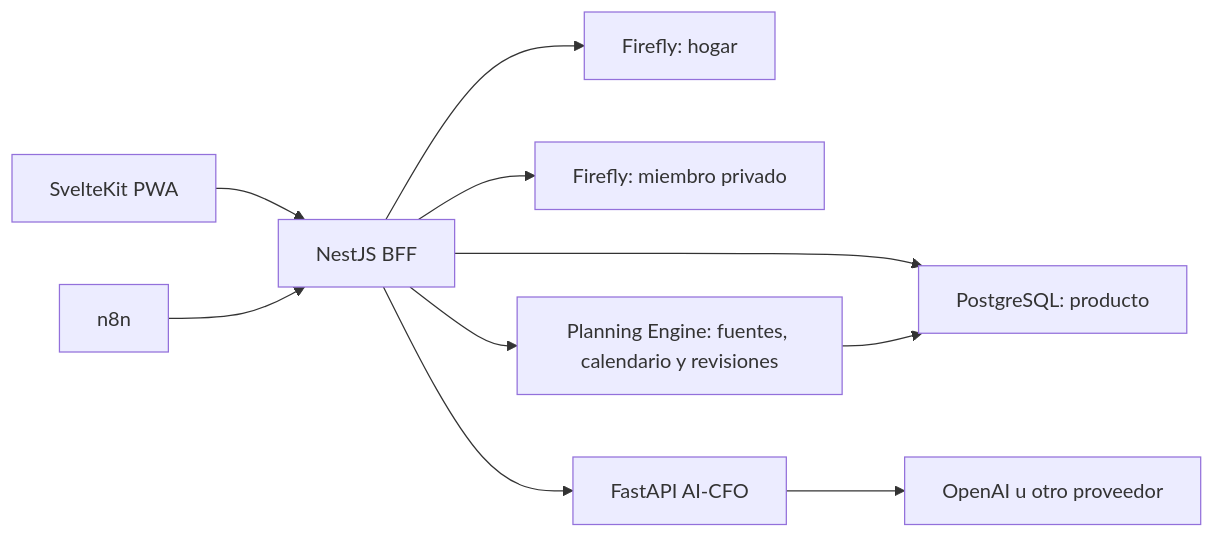
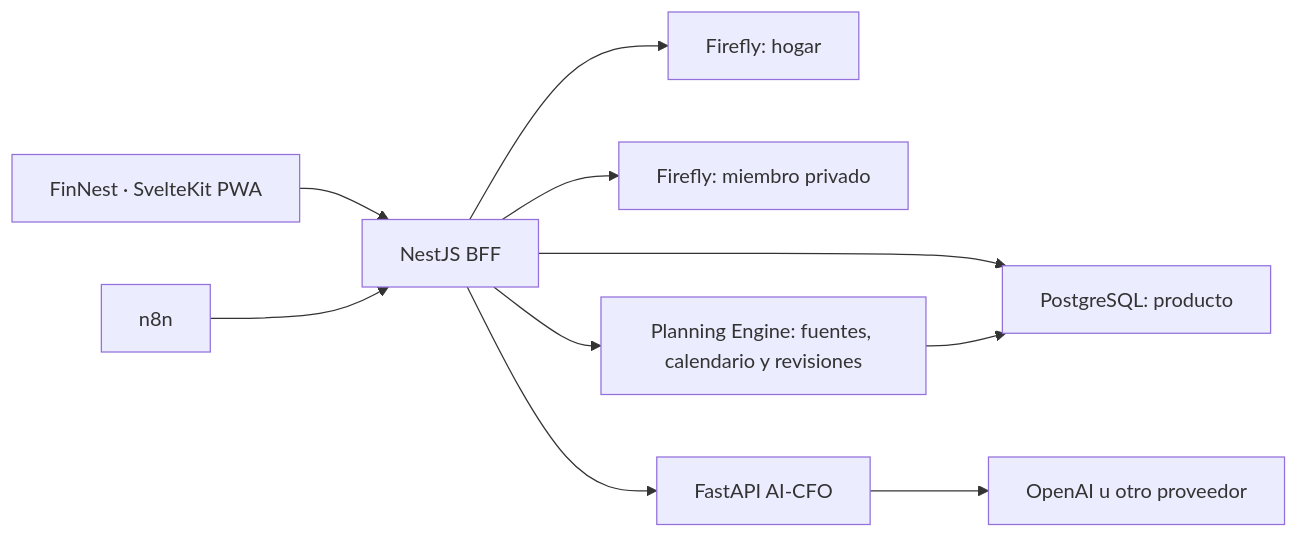
One commit to Wilmesa/finanzas-hogar changed the first of 2 diagrams in docs/ARCHITECTURE.md. Above: the diagram before and after it, drawn with Mermaid. The commit also changed other lines of this file and 61 other files, not shown here.

````diff
--- a/docs/ARCHITECTURE.md
+++ b/docs/ARCHITECTURE.md
@@ -5,12 +5,12 @@
 ```mermaid
 flowchart LR
-  UI["SvelteKit PWA"] --> API["NestJS BFF"]
+  UI["FinNest · SvelteKit PWA"] --> API["NestJS BFF"]
   API --> DB["PostgreSQL: producto"]
   API --> SHARED["Firefly: hogar"]
   API --> PRIVATE["Firefly: miembro privado"]
   API --> PLAN["Planning Engine: fuentes, calendario y revisiones"]
   PLAN --> DB
   API --> AICFO["FastAPI AI-CFO"]
   AICFO --> LLM["OpenAI u otro proveedor"]
   N8N["n8n"] --> API
 ```
````
